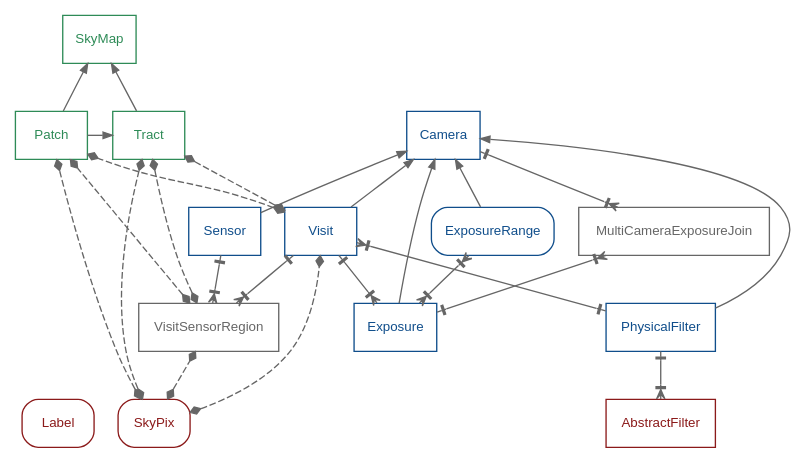
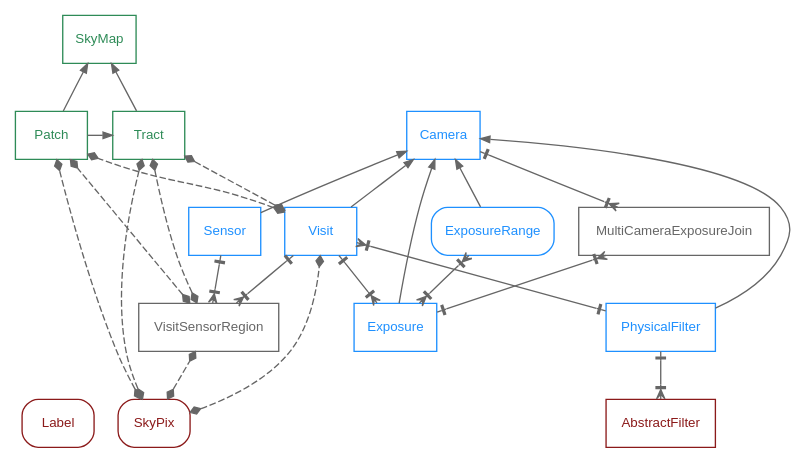
One commit to lsst-dm/dmtn-073 changed the diagram in DataUnitJoins.dot. Above: the diagram before and after it, drawn with Graphviz.

Commit message:
Fix color mismatch in DataUnit relationships figures.

```diff
--- a/DataUnitJoins.dot
+++ b/DataUnitJoins.dot
@@ -1,63 +1,63 @@
 digraph relationships {
     node [shape=box fontname=helvetica fontsize=10]
     edge [dir=both color=grey40 arrowsize=0.7]
     rankdir=BT
     concentrate=false
     {
         node [color=firebrick4, fontcolor=firebrick4]
         {
             rank=same
             Label [style=rounded]
             SkyPix [style=rounded]
         }
         AbstractFilter
     }
     {
-        node [color=dodgerblue4, fontcolor=dodgerblue4]
+        node [color=dodgerblue, fontcolor=dodgerblue]
         Camera
         Visit
         Sensor
         Exposure
         PhysicalFilter
         ExposureRange [style=rounded]
     }
     {
         node [color=seagreen4, fontcolor=seagreen4]
         SkyMap
         Tract
         Patch
     }
     {
         node [color=grey40, fontcolor=grey40]
         VisitSensorRegion
         MultiCameraExposureJoin
     }
     Visit -> Camera [arrowtail=none]
     Sensor -> Camera [arrowtail=none]
     Exposure -> Camera [arrowtail=none]
     Exposure -> Visit [arrowtail=crowtee arrowhead=nonetee]
     MultiCameraExposureJoin -> Exposure [arrowtail=crowtee arrowhead=nonetee constraint=false]
     MultiCameraExposureJoin -> Camera [arrowtail=crowtee arrowhead=nonetee]
     ExposureRange -> Camera[arrowtail=none]
     ExposureRange -> Exposure [arrowhead=crowtee arrowtail=crowtee constraint=false]
     VisitSensorRegion -> Visit [arrowtail=crowtee arrowhead=nonetee]
     VisitSensorRegion -> Sensor [arrowtail=crowtee arrowhead=nonetee]
     PhysicalFilter -> Camera [arrowtail=none]
     AbstractFilter -> PhysicalFilter [arrowhead=nonetee arrowtail=crowtee]
     PhysicalFilter -> Visit [arrowhead=crowtee arrowtail=nonetee]
     Tract -> SkyMap [arrowtail=none]
     Patch -> Tract [arrowtail=none constraint=false]
     Patch -> SkyMap [arrowtail=none]
     {
         edge [arrowtail=diamond arrowhead=diamond style=dashed]
         SkyPix -> Visit
         SkyPix -> VisitSensorRegion
         SkyPix -> Tract
         SkyPix -> Patch
         Visit -> Tract
         Visit -> Patch
         VisitSensorRegion -> Patch
         VisitSensorRegion -> Tract
     }
 
 }
```
